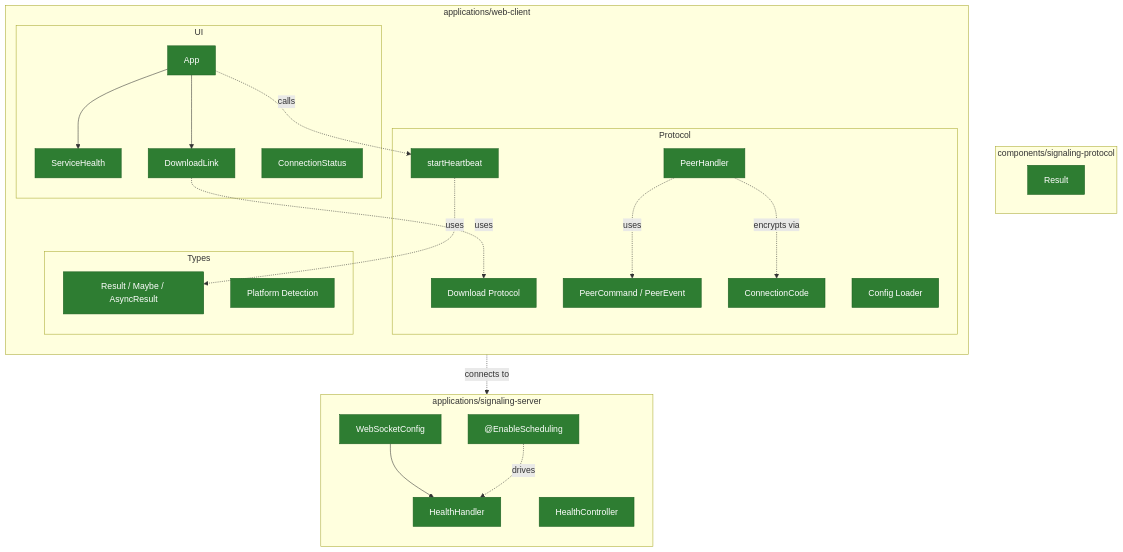
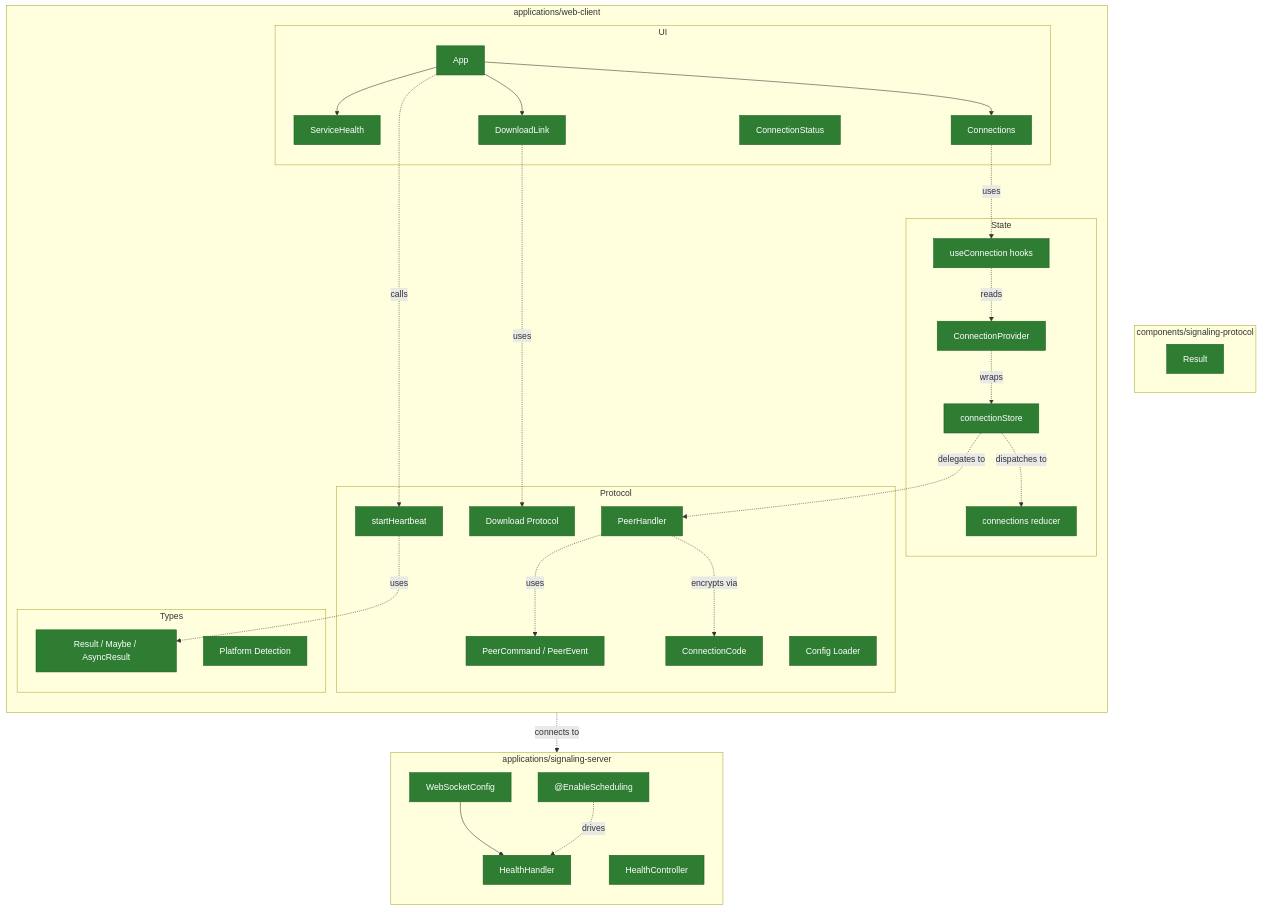
Before and after one commit to RyanDur/battleship: the first of 4 diagrams in docs/architecture.md, drawn with Mermaid. The commit also changed other lines of this file and 1 other file, not shown here.

First line of the commit message:
Update architecture doc for iteration 4 completion

````diff
--- a/docs/architecture.md
+++ b/docs/architecture.md
@@ -5,59 +5,76 @@
 ```mermaid
 graph TB
     subgraph "applications/signaling-server"
         direction TB
         WC[WebSocketConfig] --> HH[HealthHandler]
         ES["@EnableScheduling"] -.->|drives| HH
         HC[HealthController]
     end
 
     subgraph "components/signaling-protocol"
         RT[Result]
     end
 
     subgraph "applications/web-client"
         direction TB
         subgraph "UI"
             APP[App] --> SHC[ServiceHealth]
             APP --> DL[DownloadLink]
+            APP --> CONN[Connections]
             CS[ConnectionStatus]
+        end
+        subgraph "State"
+            CP[ConnectionProvider]
+            CST[connectionStore]
+            RED[connections reducer]
+            UCH[useConnection hooks]
         end
         subgraph "Protocol"
             HB[startHeartbeat]
             PH[PeerHandler]
             CC[ConnectionCode]
             CFG[Config Loader]
             DLProto[Download Protocol]
             WT[PeerCommand / PeerEvent]
         end
         subgraph "Types"
             RS[Result / Maybe / AsyncResult]
             PL[Platform Detection]
         end
     end
 
     APP -.->|calls| HB
     HB -.->|connects to| HH
     DL -.->|uses| DLProto
     HB -.->|uses| RS
+    CONN -.->|uses| UCH
+    UCH -.->|reads| CP
+    CP -.->|wraps| CST
+    CST -.->|dispatches to| RED
+    CST -.->|delegates to| PH
     PH -.->|uses| WT
     PH -.->|encrypts via| CC
 
     style HC fill:#2e7d32,stroke:#1b5e20,color:#fff
     style HH fill:#2e7d32,stroke:#1b5e20,color:#fff
     style WC fill:#2e7d32,stroke:#1b5e20,color:#fff
     style ES fill:#2e7d32,stroke:#1b5e20,color:#fff
     style RT fill:#2e7d32,stroke:#1b5e20,color:#fff
     style APP fill:#2e7d32,stroke:#1b5e20,color:#fff
     style SHC fill:#2e7d32,stroke:#1b5e20,color:#fff
     style DL fill:#2e7d32,stroke:#1b5e20,color:#fff
+    style CONN fill:#2e7d32,stroke:#1b5e20,color:#fff
+    style CP fill:#2e7d32,stroke:#1b5e20,color:#fff
+    style CST fill:#2e7d32,stroke:#1b5e20,color:#fff
+    style RED fill:#2e7d32,stroke:#1b5e20,color:#fff
+    style UCH fill:#2e7d32,stroke:#1b5e20,color:#fff
     style HB fill:#2e7d32,stroke:#1b5e20,color:#fff
     style RS fill:#2e7d32,stroke:#1b5e20,color:#fff
     style PH fill:#2e7d32,stroke:#1b5e20,color:#fff
     style CC fill:#2e7d32,stroke:#1b5e20,color:#fff
     style CFG fill:#2e7d32,stroke:#1b5e20,color:#fff
     style CS fill:#2e7d32,stroke:#1b5e20,color:#fff
     style WT fill:#2e7d32,stroke:#1b5e20,color:#fff
     style PL fill:#2e7d32,stroke:#1b5e20,color:#fff
     style DLProto fill:#2e7d32,stroke:#1b5e20,color:#fff
 ```
````
